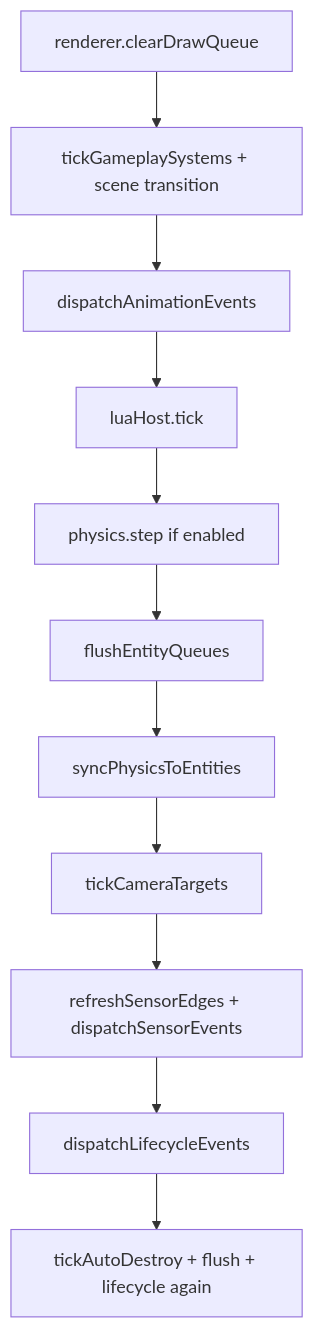
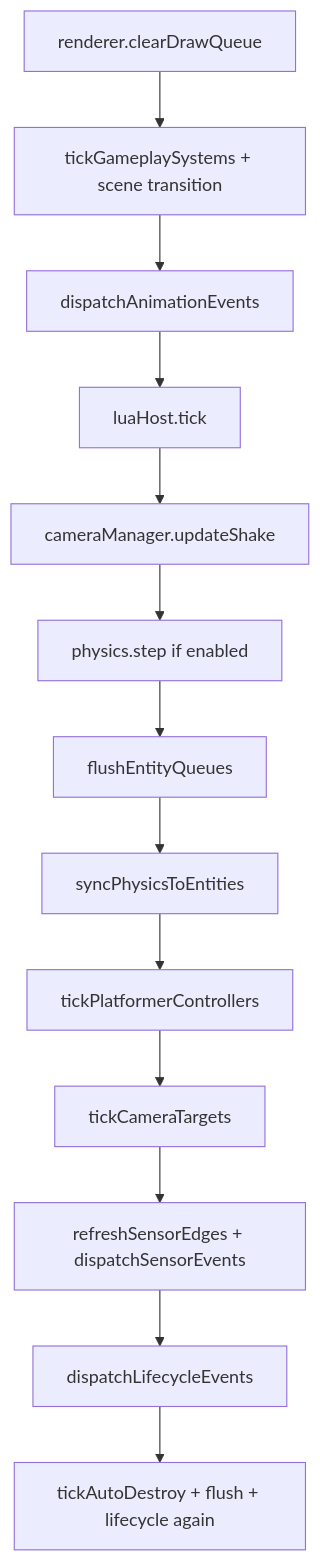
One commit to Toniocardex/ArtCade-Studio_V2 changed the diagram in docs/FIXED_STEP_CONTRACT.md. Above: the diagram before and after it, drawn with Mermaid. The commit also changed other lines of this file and 6 other files, not shown here.

````diff
--- a/docs/FIXED_STEP_CONTRACT.md
+++ b/docs/FIXED_STEP_CONTRACT.md
@@ -11,16 +11,18 @@
 ```mermaid
 flowchart TD
   clearDraw[renderer.clearDrawQueue]
   gameplay[tickGameplaySystems + scene transition]
   animPre[dispatchAnimationEvents]
   luaTick[luaHost.tick]
+  camShake[cameraManager.updateShake]
   physStep[physics.step if enabled]
   flush1[flushEntityQueues]
   physSync[syncPhysicsToEntities]
+  platformer[tickPlatformerControllers]
   cam[tickCameraTargets]
   sensors[refreshSensorEdges + dispatchSensorEvents]
   life[dispatchLifecycleEvents]
   autoDestroy[tickAutoDestroy + flush + lifecycle again]
-  clearDraw --> gameplay --> animPre --> luaTick --> physStep
-  physStep --> flush1 --> physSync --> cam --> sensors --> life --> autoDestroy
+  clearDraw --> gameplay --> animPre --> luaTick --> camShake --> physStep
+  physStep --> flush1 --> physSync --> platformer --> cam --> sensors --> life --> autoDestroy
 ```
````
